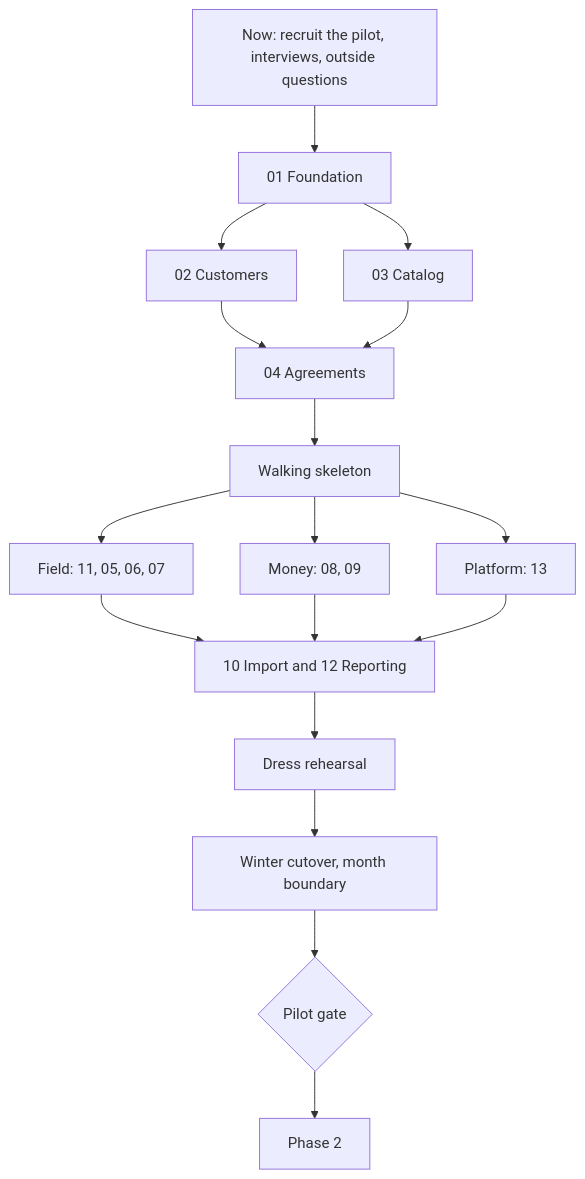
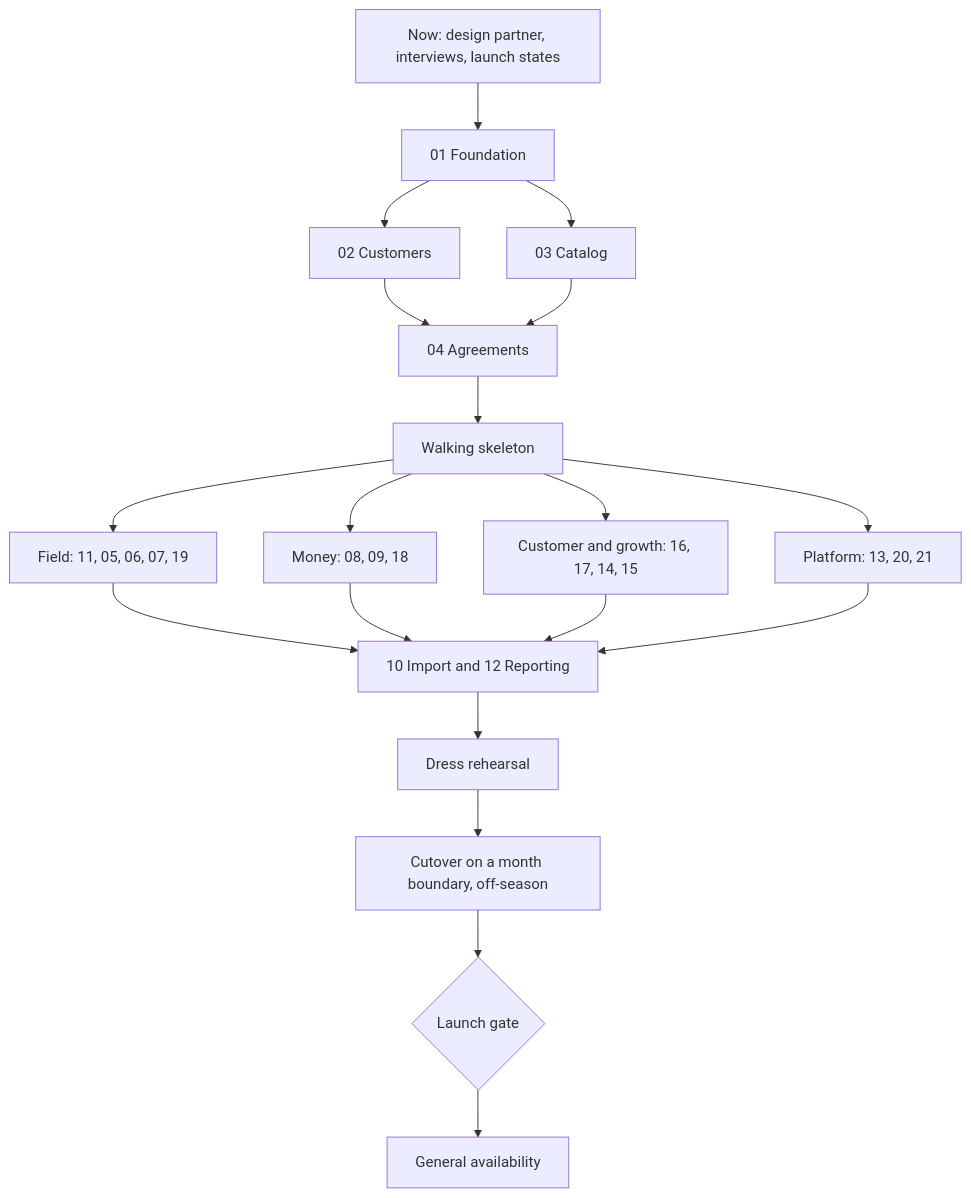
Before and after one commit to sw1tchfts/bugsy: the second of 2 diagrams in docs/prd.md, drawn with Mermaid. The commit also changed other lines of this file and 14 other files, not shown here.

````diff
--- a/docs/prd.md
+++ b/docs/prd.md
@@ -306,7 +345,7 @@
 ```mermaid
 flowchart TD
-  now["Now: recruit the pilot, interviews, outside questions"] --> s01["01 Foundation"] --> s02["02 Customers"] & s03["03 Catalog"]
+  now["Now: design partner, interviews, launch states"] --> s01["01 Foundation"] --> s02["02 Customers"] & s03["03 Catalog"]
   s02 & s03 --> s04["04 Agreements"] --> skel["Walking skeleton"]
-  skel --> field["Field: 11, 05, 06, 07"] & money["Money: 08, 09"] & platform["Platform: 13"]
-  field & money & platform --> prep["10 Import and 12 Reporting"] --> rehearsal["Dress rehearsal"] --> cutover["Winter cutover, month boundary"] --> gate{"Pilot gate"} --> phase2["Phase 2"]
+  skel --> field["Field: 11, 05, 06, 07, 19"] & money["Money: 08, 09, 18"] & cust["Customer and growth: 16, 17, 14, 15"] & plat["Platform: 13, 20, 21"]
+  field & money & cust & plat --> prep["10 Import and 12 Reporting"] --> rehearsal["Dress rehearsal"] --> cutover["Cutover on a month boundary, off-season"] --> gate{"Launch gate"} --> ga["General availability"]
 ```
````
